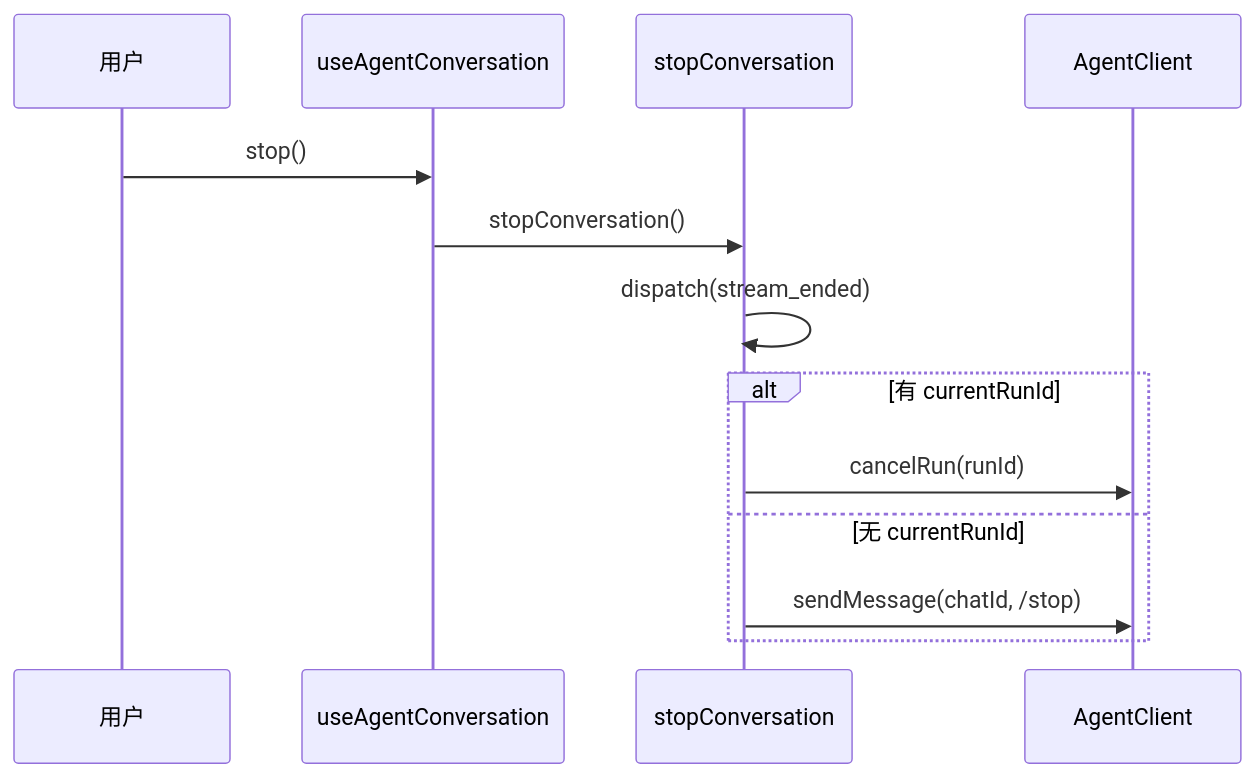
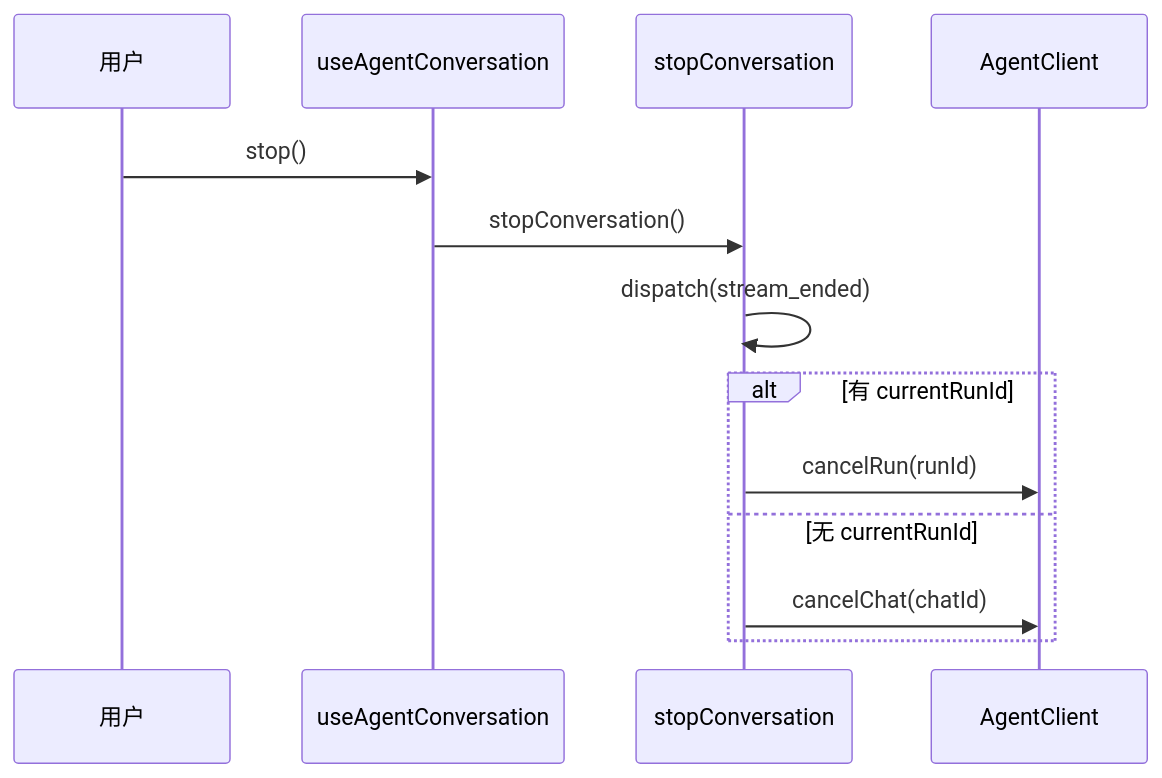
Before and after one commit to Only-Xc/ff-ai-frontend: the sixth of 7 diagrams in apps/user-web/src/pages/chat/hooks/useAgentConversation.md, drawn with Mermaid. The commit also changed other lines of this file and 14 other files, not shown here.

````diff
--- a/apps/user-web/src/pages/chat/hooks/useAgentConversation.md
+++ b/apps/user-web/src/pages/chat/hooks/useAgentConversation.md
@@ -257,16 +257,16 @@
 ```mermaid
 sequenceDiagram
     participant UI as 用户
     participant Hook as useAgentConversation
     participant Runtime as stopConversation
     participant Client as AgentClient
 
     UI->>Hook: stop()
     Hook->>Runtime: stopConversation()
     Runtime->>Runtime: dispatch(stream_ended)
     alt 有 currentRunId
         Runtime->>Client: cancelRun(runId)
     else 无 currentRunId
-        Runtime->>Client: sendMessage(chatId, /stop)
+        Runtime->>Client: cancelChat(chatId)
     end
 ```
````
